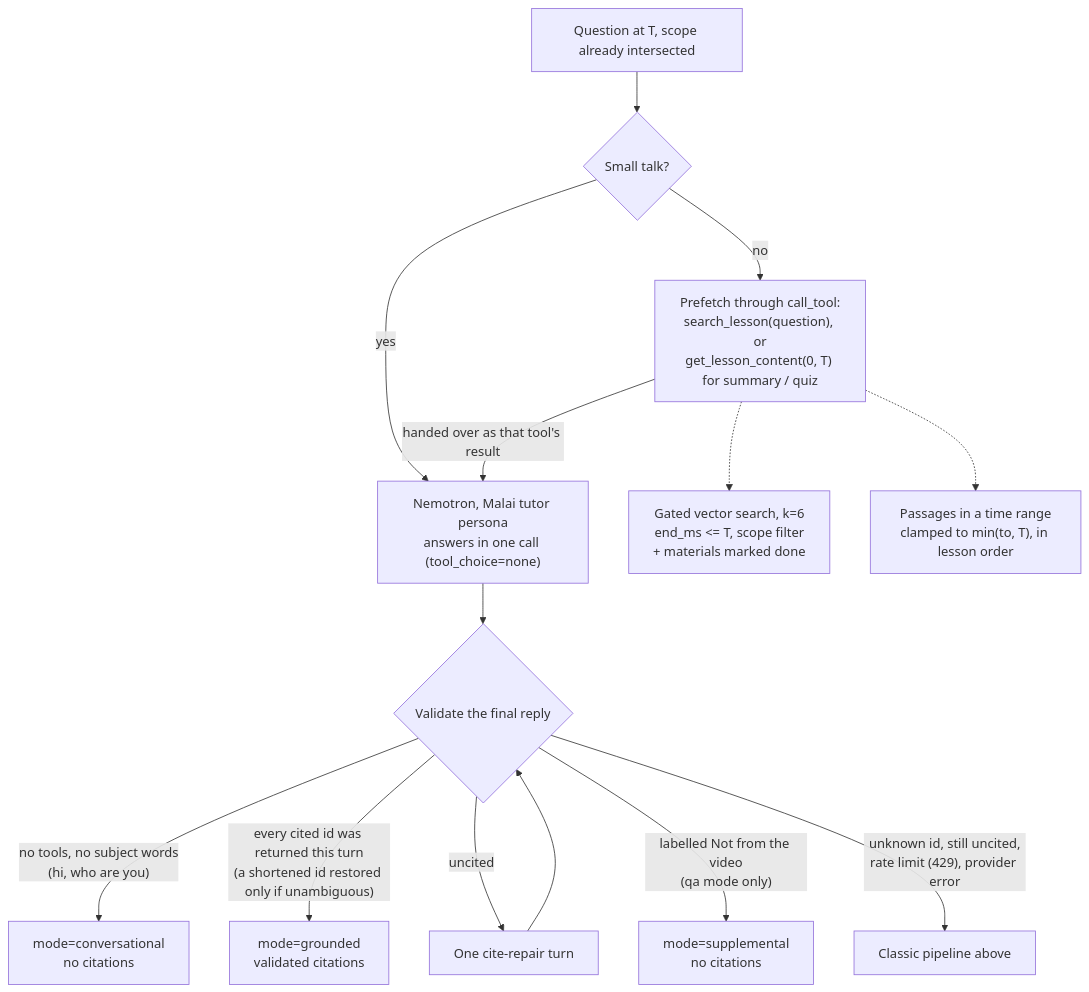
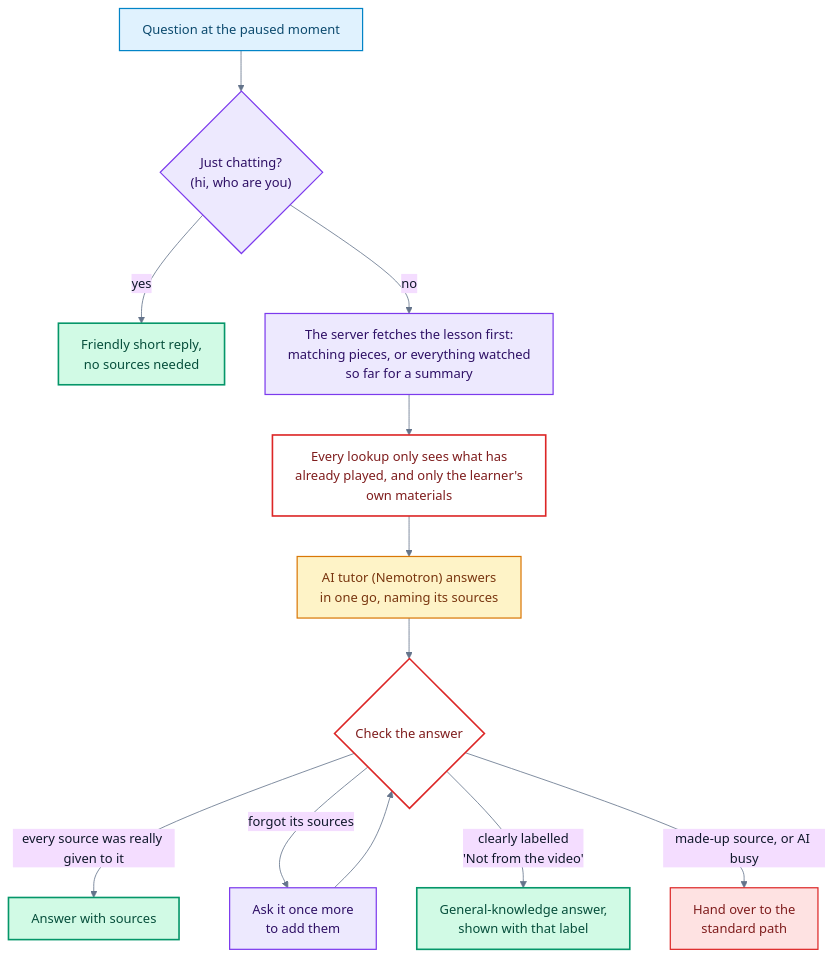
The sixth of 9 diagrams in submission/ARCHITECTURE.md (Nanu69-batman/ailearn), drawn with Mermaid before and after one commit. The commit also changed other lines of this file and 23 other files, not shown here.

First line of the commit message:
docs(submission): plain-language diagrams, Developer view, current numbers

````diff
--- a/submission/ARCHITECTURE.md
+++ b/submission/ARCHITECTURE.md
@@ -197,16 +281,23 @@
 ```mermaid
+%%{init: {"theme": "base", "fontFamily": "Arial, Helvetica, sans-serif", "themeVariables": {"fontSize": "16px", "fontFamily": "Arial, Helvetica, sans-serif", "lineColor": "#64748b", "primaryTextColor": "#0f172a"}, "flowchart": {"curve": "basis", "padding": 14, "wrappingWidth": 340}}}%%
 flowchart TD
-  Q2["Question at T, scope already intersected"] --> PRE{"Small talk?"}
-  PRE -->|"no"| PF["Prefetch through call_tool:<br/>search_lesson(question), or<br/>get_lesson_content(0, T) for summary / quiz"]
-  PRE -->|"yes"| AG
-  PF -->|"handed over as that tool's result"| AG["Nemotron, Malai tutor persona<br/>answers in one call (tool_choice=none)"]
-  PF -.-> T1["Gated vector search, k=6<br/>end_ms <= T, scope filter<br/>+ materials marked done"]
-  PF -.-> T2["Passages in a time range<br/>clamped to min(to, T), in lesson order"]
-  AG --> VAL{"Validate the final reply"}
-  VAL -->|"no tools, no subject words<br/>(hi, who are you)"| CONV["mode=conversational<br/>no citations"]
-  VAL -->|"every cited id was returned this turn<br/>(a shortened id restored only if unambiguous)"| GR["mode=grounded<br/>validated citations"]
-  VAL -->|"uncited"| REP["One cite-repair turn"]
+  Q["Question at the paused moment"]:::person --> PRE{"Just chatting?<br/>(hi, who are you)"}:::server
+  PRE -->|"yes"| CONV["Friendly short reply,<br/>no sources needed"]:::good
+  PRE -->|"no"| PF["The server fetches the lesson first:<br/>matching pieces, or everything watched<br/>so far for a summary"]:::server
+  PF --> TOOLS["Every lookup only sees what has<br/>already played, and only the learner's<br/>own materials"]:::check
+  TOOLS --> AG["AI tutor (Nemotron) answers<br/>in one go, naming its sources"]:::ai
+  AG --> VAL{"Check the answer"}:::check
+  VAL -->|"every source was really given to it"| GR["Answer with sources"]:::good
+  VAL -->|"forgot its sources"| REP["Ask it once more<br/>to add them"]:::server
   REP --> VAL
-  VAL -->|"labelled Not from the video<br/>(qa mode only)"| SUP["mode=supplemental<br/>no citations"]
-  VAL -->|"unknown id, still uncited,<br/>rate limit (429), provider error"| FB["Classic pipeline above"]
+  VAL -->|"clearly labelled<br/>'Not from the video'"| SUP["General-knowledge answer,<br/>shown with that label"]:::good
+  VAL -->|"made-up source, or AI busy"| FB["Hand over to the<br/>standard path"]:::stop
+
+  classDef person fill:#e0f2fe,stroke:#0284c7,color:#0c4a6e,stroke-width:1.5px
+  classDef server fill:#ede9fe,stroke:#7c3aed,color:#2e1065,stroke-width:1.5px
+  classDef ai fill:#fef3c7,stroke:#d97706,color:#78350f,stroke-width:1.5px
+  classDef store fill:#dcfce7,stroke:#16a34a,color:#14532d,stroke-width:1.5px
+  classDef check fill:#ffffff,stroke:#dc2626,color:#7f1d1d,stroke-width:2px
+  classDef good fill:#d1fae5,stroke:#059669,color:#064e3b,stroke-width:2px
+  classDef stop fill:#fee2e2,stroke:#dc2626,color:#7f1d1d,stroke-width:1.5px
 ```
````
